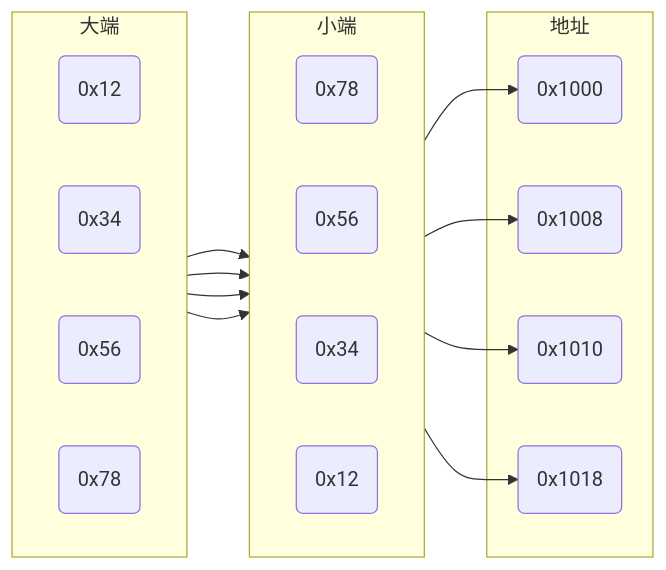
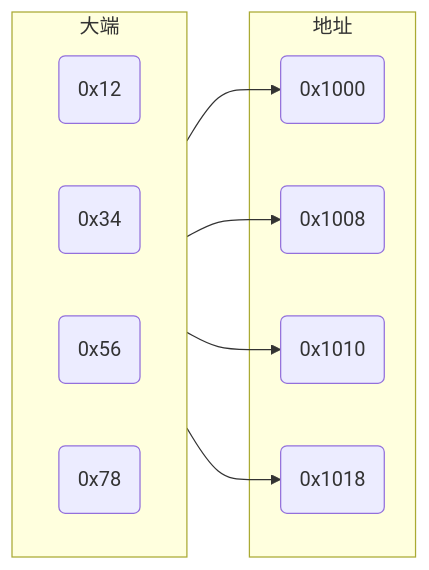
Before and after one commit to dmjcb/dmjcb.github.io: the first of 2 diagrams in _posts/OS/2021-12-15-编码.md, drawn with Mermaid. The commit also changed other lines of this file and 20 other files, not shown here.

````diff
--- a/_posts/OS/2021-12-15-编码.md
+++ b/_posts/OS/2021-12-15-编码.md
@@ -15,30 +21,22 @@
 ```mermaid
 graph LR;
-    subgraph A[地址]
-        a1(0x1000)
-        a2(0x1008)
-        a3(0x1010)
-        a4(0x1018)
+    subgraph B[大端]
+        direction LR
+        B1(0x12)
+        B2(0x34)
+        B3(0x56)
+        B4(0x78)
     end
 
-    subgraph S[小端]
-        direction LR
-        s1(0x78)
-        s2(0x56)
-        s3(0x34)
-        s4(0x12)
+    subgraph A[地址]
+        A1(0x1000)
+        A2(0x1008)
+        A3(0x1010)
+        A4(0x1018)
     end
 
-    subgraph B[大端]
-        direction LR
-        b1(0x12)
-        b2(0x34)
-        b3(0x56)
-        b4(0x78)
-    end
-
-    b1-->s1-->a1
-    b2-->s2-->a2
-    b3-->s3-->a3
-    b4-->s4-->a4
+    B1-->A1
+    B2-->A2
+    B3-->A3
+    B4-->A4
 ```
````
